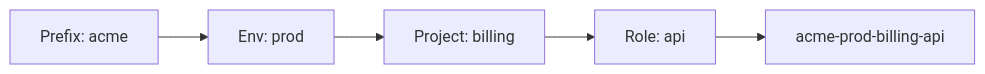
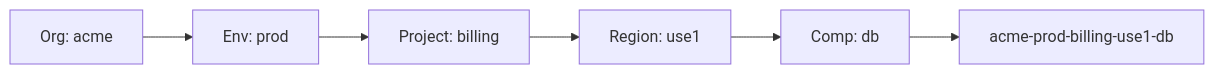
One commit to Ganil151/Devops changed the diagram in 2-Intermediate/02-Phase-2/05-Configuration-Tools/01-Terraform/05-Best-Practices/02-Naming-Conventions/README.md. Above: the diagram before and after it, drawn with Mermaid. The commit also changed other lines of this file and 48 other files, not shown here.

````diff
--- a/2-Intermediate/02-Phase-2/05-Configuration-Tools/01-Terraform/05-Best-Practices/02-Naming-Conventions/README.md
+++ b/2-Intermediate/02-Phase-2/05-Configuration-Tools/01-Terraform/05-Best-Practices/02-Naming-Conventions/README.md
@@ -46,7 +48,8 @@
 ```mermaid
 graph LR
-    P[Prefix: acme] --> E[Env: prod]
-    E --> Pr[Project: billing]
-    Pr --> R[Role: api]
-    R --> Final[acme-prod-billing-api]
+    O[Org: acme] --> E[Env: prod]
+    E --> P[Project: billing]
+    P --> R[Region: use1]
+    R --> C[Comp: db]
+    C --> Final["acme-prod-billing-use1-db"]
 ```
````
